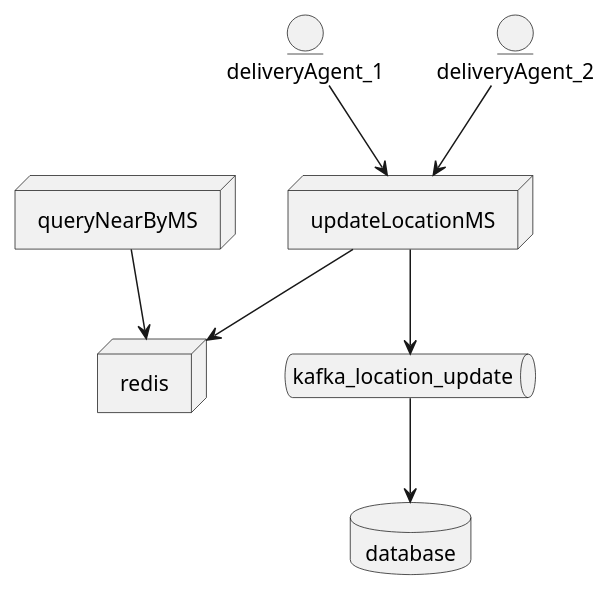
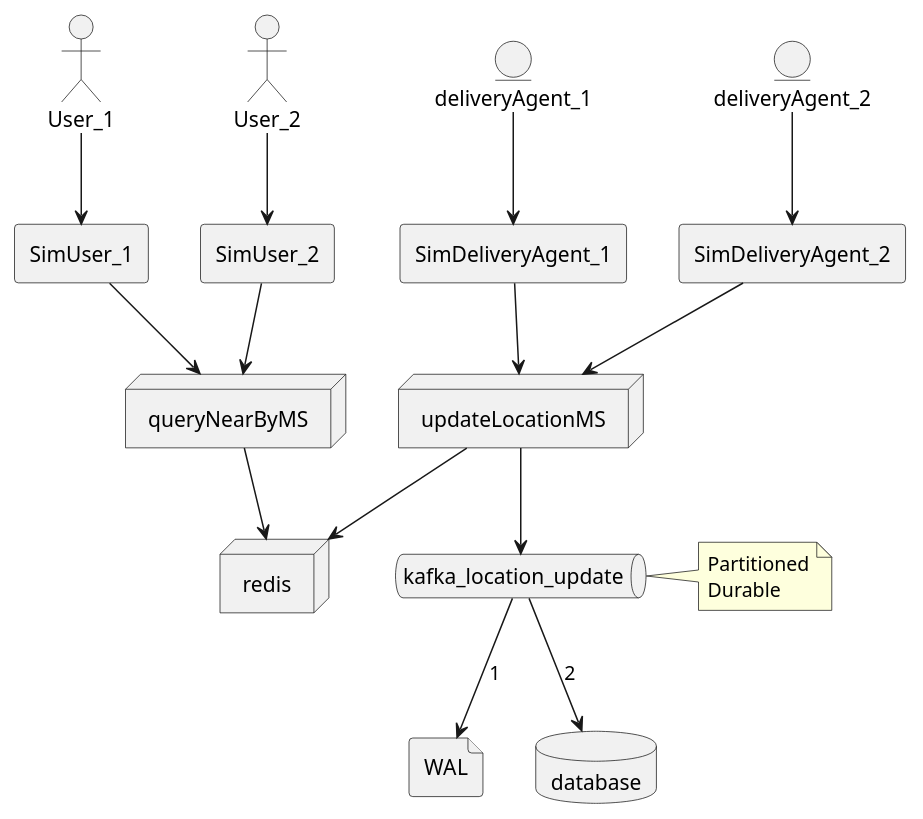
The diagram in docs/HLD-1.puml (ozdemirht/py_redis_1), drawn with PlantUML before and after one commit. The commit also changed 1 other file, not shown here.

```diff
--- a/docs/HLD-1.puml
+++ b/docs/HLD-1.puml
@@ -1,28 +1,47 @@
 @startuml
 'https://plantuml.com/deployment-diagram
 
 entity deliveryAgent_1
 entity deliveryAgent_2
+agent SimDeliveryAgent_1
+agent SimDeliveryAgent_2
+actor User_1
+actor User_2
+agent SimUser_1
+agent SimUser_2
+file WAL
 
 node updateLocationMS
 
 node queryNearByMS
 
 node redis
 
 database database
 
 queue kafka_location_update
 
-deliveryAgent_1 --> updateLocationMS
+deliveryAgent_1 --> SimDeliveryAgent_1
+SimDeliveryAgent_1 --> updateLocationMS
 
-deliveryAgent_2 --> updateLocationMS
+deliveryAgent_2 --> SimDeliveryAgent_2
+SimDeliveryAgent_2 --> updateLocationMS
 
 updateLocationMS --> redis
 
+User_1 --> SimUser_1
+SimUser_1 --> queryNearByMS
+User_2 --> SimUser_2
+SimUser_2 --> queryNearByMS
+
 queryNearByMS --> redis
+
 updateLocationMS --> kafka_location_update
-
-kafka_location_update --> database
+note right
+Partitioned
+Durable
+end note
+kafka_location_update --> WAL: 1
+kafka_location_update --> database: 2
 
 @enduml
```
